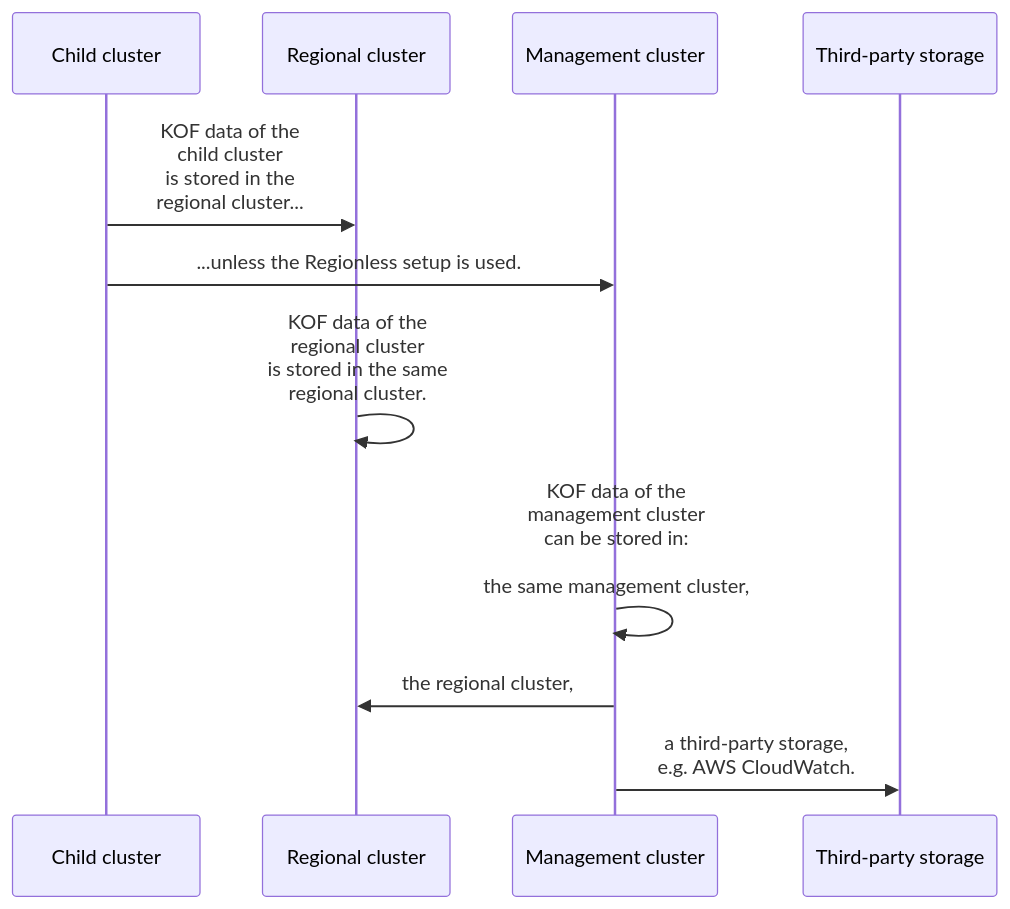
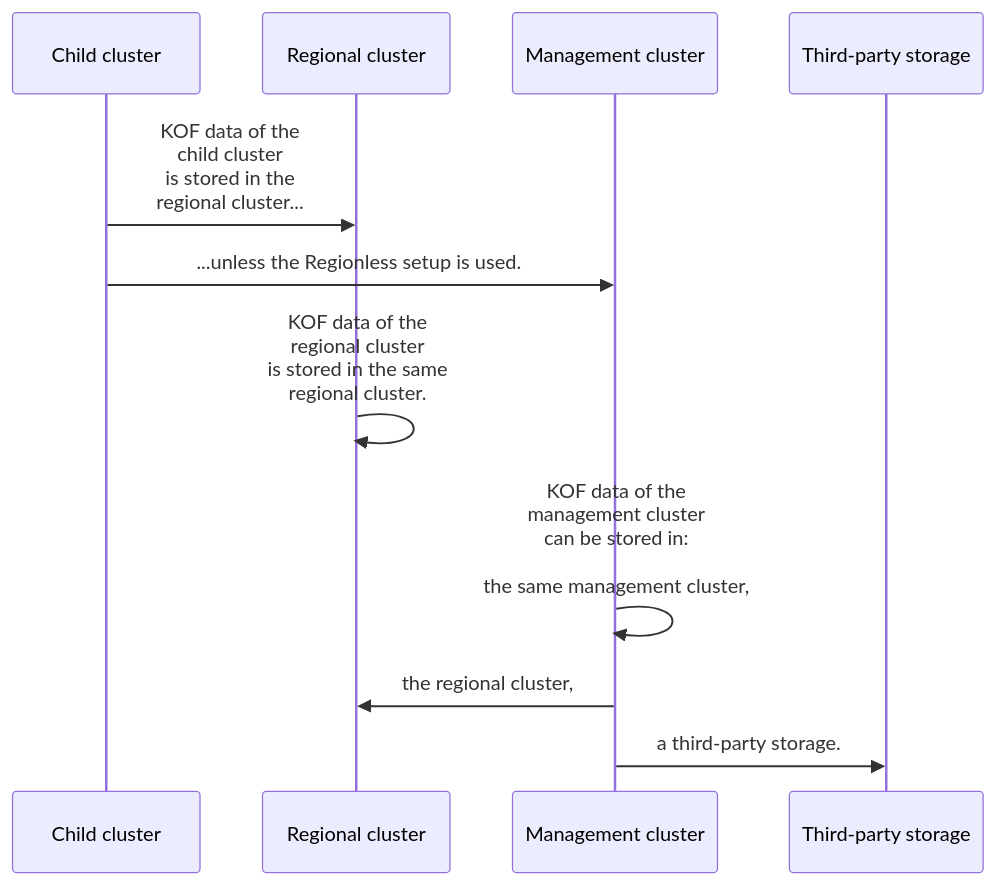
The diagram in docs/admin/kof/kof-storing.md (k0rdent/docs), drawn with Mermaid before and after one commit. The commit also changed other lines of this file and 5 other files, not shown here.

````diff
--- a/docs/admin/kof/kof-storing.md
+++ b/docs/admin/kof/kof-storing.md
@@ -7,9 +7,9 @@
 ```mermaid
 sequenceDiagram
     Child cluster->>Regional cluster: KOF data of the<br>child cluster<br>is stored in the<br>regional cluster...
     Child cluster->>Management cluster: ...unless the Regionless setup is used.
     Regional cluster->>Regional cluster: KOF data of the<br>regional cluster<br>is stored in the same<br>regional cluster.
     Management cluster->>Management cluster: KOF data of the<br>management cluster<br>can be stored in:<br><br>the same management cluster,
     Management cluster->>Regional cluster: the regional cluster,
-    Management cluster->>Third-party storage: a third-party storage,<br>e.g. AWS CloudWatch.
+    Management cluster->>Third-party storage: a third-party storage.
 ```
````
